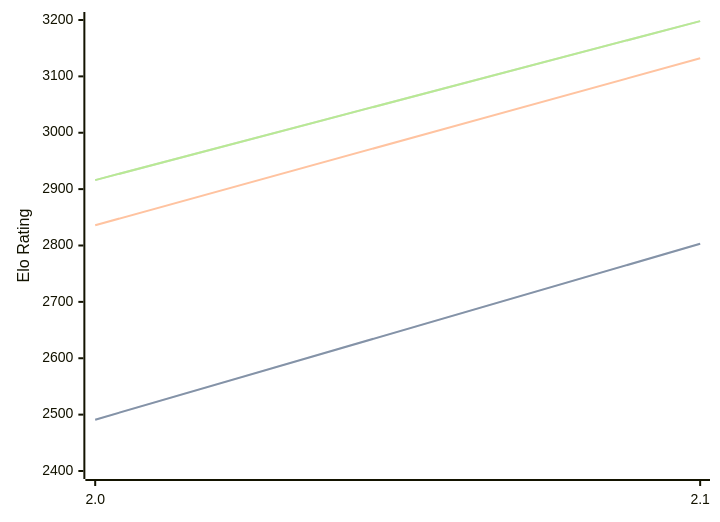
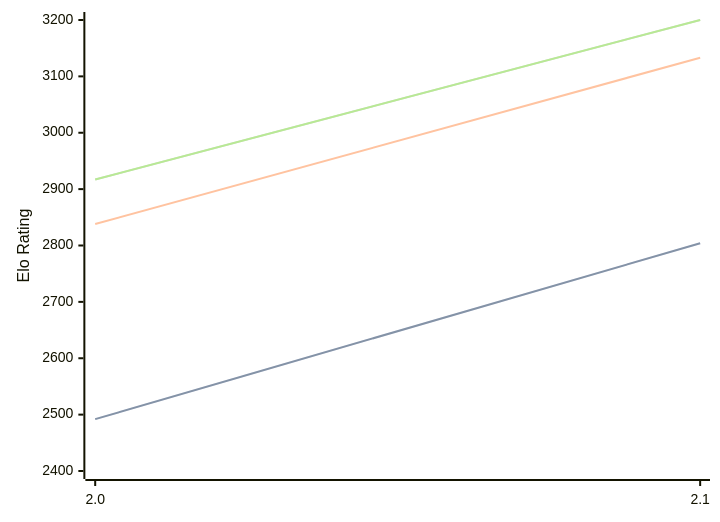
Before and after one commit to computer-chess-index/cci: the diagram in engines/Tunguska.md, drawn with Mermaid. The commit also changed other lines of this file, not shown here.

Commit message:
Update CCI Ratings (ELO VLTC) - 2026-08-15

````diff
--- a/engines/Tunguska.md
+++ b/engines/Tunguska.md
@@ -32,11 +32,11 @@
 ```mermaid
 %%{init: {"theme":"base","themeVariables":{"seriesColors:['#a3a3a3','#222221','#faa371']}}}%%
 xychart-beta
   x-axis ["2.0", "2.1"]
   y-axis "Elo Rating" 2400 --> 3200
-  line "STC (8.0+0.08s)" [2491, 2803]
-  line "STC (8.0+0.08s)" [2491, 2803]
-  line "LTC (60.0+0.60s)" [2836, 3132]
-  line "VLTC (2m24s+1.12s)" [2916, 3198]
-  line "VLTC (2m24s+1.12s)" [2916, 3198]
+  line "STC (8.0+0.08s)" [2492, 2804]
+  line "STC (8.0+0.08s)" [2492, 2804]
+  line "LTC (60.0+0.60s)" [2838, 3133]
+  line "VLTC (2m24s+1.12s)" [2917, 3200]
+  line "VLTC (2m24s+1.12s)" [2917, 3200]
 ```
````
